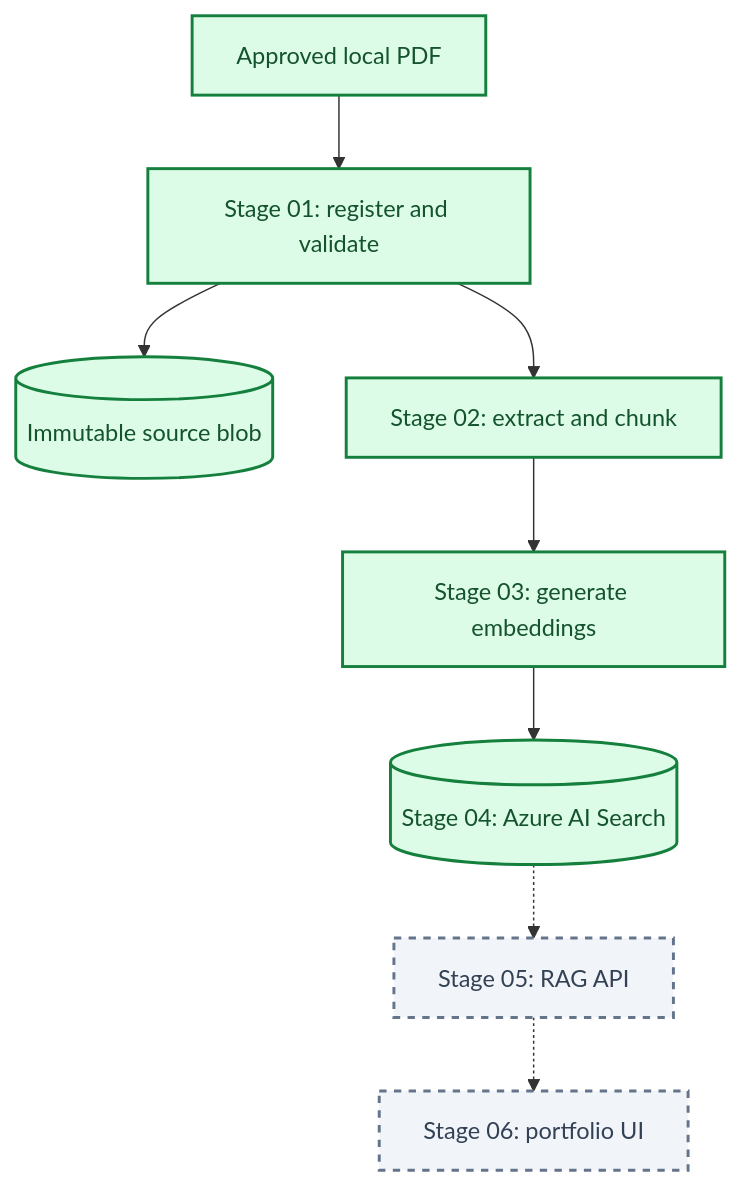
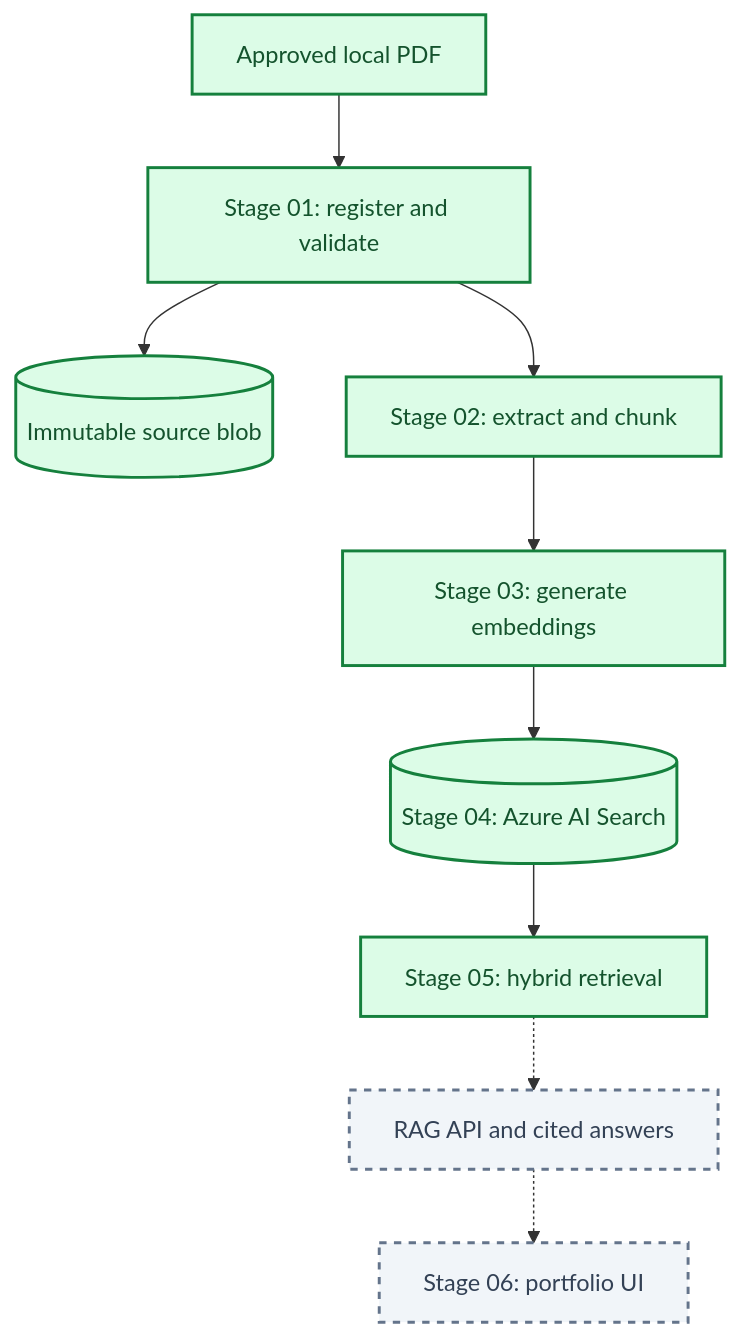
The first of 3 diagrams in docs/overview/project-architecture.md (kenjihilasak/uol-finance-ai-assistant), drawn with Mermaid before and after one commit. The commit also changed other lines of this file and 10 other files, not shown here.

Commit message:
Implement hybrid retrieval stage

````diff
--- a/docs/overview/project-architecture.md
+++ b/docs/overview/project-architecture.md
@@ -21,26 +21,28 @@
 ```mermaid
 flowchart TB
     classDef implemented fill:#DCFCE7,stroke:#15803D,color:#14532D,stroke-width:2px
     classDef provisioned fill:#FEF3C7,stroke:#B45309,color:#78350F,stroke-width:2px
     classDef planned fill:#F1F5F9,stroke:#64748B,color:#334155,stroke-width:2px,stroke-dasharray:5 5
 
     source[Approved local PDF]
     ingest[Stage 01: register and validate]
     sourceBlob[(Immutable source blob)]
     process[Stage 02: extract and chunk]
     vectors[Stage 03: generate embeddings]
     search[(Stage 04: Azure AI Search)]
-    rag[Stage 05: RAG API]
+    retrieval[Stage 05: hybrid retrieval]
+    rag[RAG API and cited answers]
     ui[Stage 06: portfolio UI]
 
     source --> ingest
     ingest --> sourceBlob
     ingest --> process
     process --> vectors
     vectors --> search
-    search -.-> rag
+    search --> retrieval
+    retrieval -.-> rag
     rag -.-> ui
 
-    class source,ingest,sourceBlob,process,vectors,search implemented
+    class source,ingest,sourceBlob,process,vectors,search,retrieval implemented
     class rag,ui planned
 ```
````
